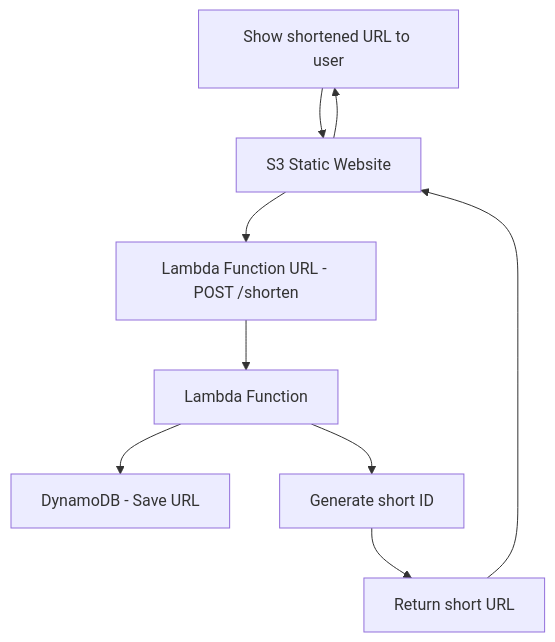
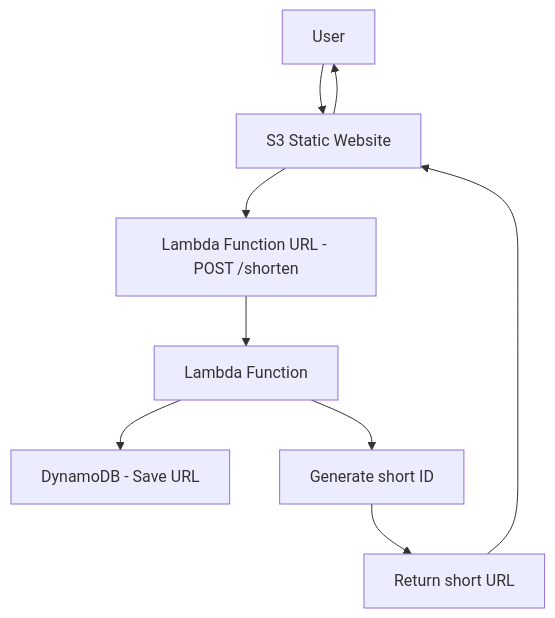
The diagram in README.md (innuli4ka/blinklink), drawn with Mermaid before and after one commit.

````diff
--- a/README.md
+++ b/README.md
@@ -19,12 +19,12 @@
 ```mermaid
 graph TD
     A[User] --> B[S3 Static Website]
     B --> C[Lambda Function URL - POST /shorten]
     C --> D[Lambda Function]
     D --> E[DynamoDB - Save URL]
     D --> F[Generate short ID]
     F --> G[Return short URL]
     G --> B
-    B --> A[Show shortened URL to user]
+    B --> A[User]
 
 ```
````
